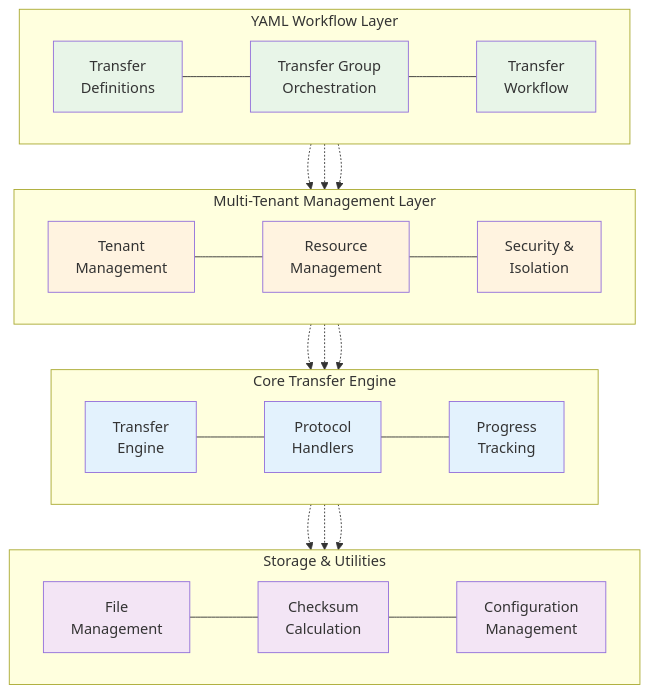
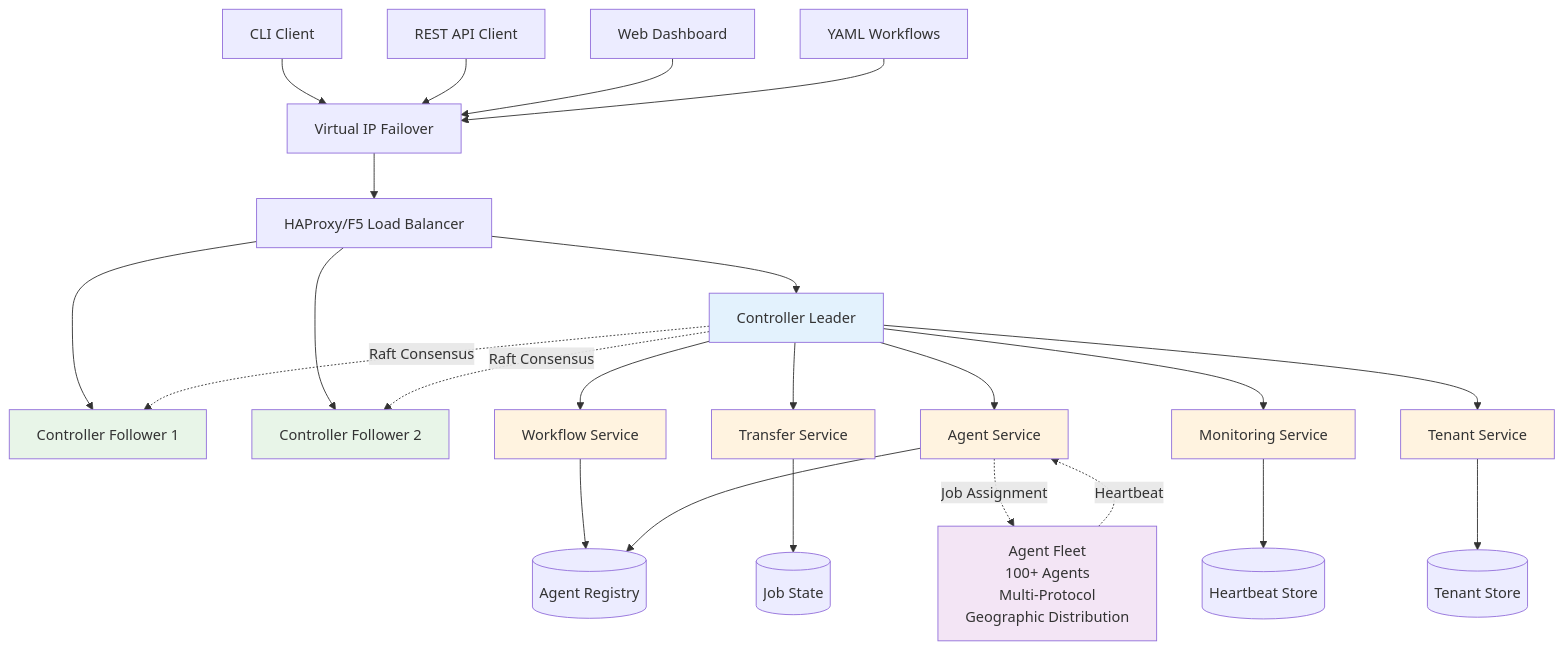
One commit to mraysmit/quorus changed the first of 14 diagrams in docs/quorus-comprehensive-system-design.md. Above: the diagram before and after it, drawn with Mermaid. The commit also changed other lines of this file and 61 other files, not shown here.

Commit message:
Add Quorus API and controller modules; refactor workflow definitions and enhance error handling

````diff
--- a/docs/quorus-comprehensive-system-design.md
+++ b/docs/quorus-comprehensive-system-design.md
@@ -25,61 +25,66 @@
 ```mermaid
 graph TD
-    subgraph "YAML Workflow Layer"
-        direction LR
-        TD[Transfer<br/>Definitions]
-        TG[Transfer Group<br/>Orchestration]
-        TW[Transfer<br/>Workflow]
-        TD --- TG --- TW
-    end
+    CLI[CLI Client]
+    API[REST API Client]
+    WEB[Web Dashboard]
+    YAML[YAML Workflows]
 
-    subgraph "Multi-Tenant Management Layer"
-        direction LR
-        TM[Tenant<br/>Management]
-        RM[Resource<br/>Management]
-        SI[Security &<br/>Isolation]
-        TM --- RM --- SI
-    end
+    VIP[Virtual IP Failover]
+    LB[HAProxy/F5 Load Balancer]
 
-    subgraph "Core Transfer Engine"
-        direction LR
-        TE[Transfer<br/>Engine]
-        PH[Protocol<br/>Handlers]
-        PT[Progress<br/>Tracking]
-        TE --- PH --- PT
-    end
+    CL[Controller Leader]
+    CF1[Controller Follower 1]
+    CF2[Controller Follower 2]
 
-    subgraph "Storage & Utilities"
-        direction LR
-        FM[File<br/>Management]
-        CC[Checksum<br/>Calculation]
-        CM[Configuration<br/>Management]
-        FM --- CC --- CM
-    end
+    WS[Workflow Service]
+    TS[Transfer Service]
+    AS[Agent Service]
+    MS[Monitoring Service]
+    TMS[Tenant Service]
 
-    %% Vertical flow between layers
-    TD -.-> TM
-    TG -.-> RM
-    TW -.-> SI
+    AR[(Agent Registry)]
+    HS[(Heartbeat Store)]
+    JS[(Job State)]
+    TS_DB[(Tenant Store)]
 
-    TM -.-> TE
-    RM -.-> PH
-    SI -.-> PT
+    AGENTS[Agent Fleet<br/>100+ Agents<br/>Multi-Protocol<br/>Geographic Distribution]
 
-    TE -.-> FM
-    PH -.-> CC
-    PT -.-> CM
+    CLI --> VIP
+    API --> VIP
+    WEB --> VIP
+    YAML --> VIP
 
-    %% Styling
-    style TD fill:#e8f5e8
-    style TG fill:#e8f5e8
-    style TW fill:#e8f5e8
-    style TM fill:#fff3e0
-    style RM fill:#fff3e0
-    style SI fill:#fff3e0
-    style TE fill:#e3f2fd
-    style PH fill:#e3f2fd
-    style PT fill:#e3f2fd
-    style FM fill:#f3e5f5
-    style CC fill:#f3e5f5
-    style CM fill:#f3e5f5
+    VIP --> LB
+
+    LB --> CL
+    LB --> CF1
+    LB --> CF2
+
+    CL -.->|Raft Consensus| CF1
+    CL -.->|Raft Consensus| CF2
+
+    CL --> WS
+    CL --> TS
+    CL --> AS
+    CL --> MS
+    CL --> TMS
+
+    WS --> AR
+    TS --> JS
+    AS --> AR
+    MS --> HS
+    TMS --> TS_DB
+
+    AS -.->|Job Assignment| AGENTS
+    AGENTS -.->|Heartbeat| AS
+
+    style CL fill:#e3f2fd
+    style CF1 fill:#e8f5e8
+    style CF2 fill:#e8f5e8
+    style WS fill:#fff3e0
+    style TS fill:#fff3e0
+    style AS fill:#fff3e0
+    style MS fill:#fff3e0
+    style TMS fill:#fff3e0
+    style AGENTS fill:#f3e5f5
 ```
````
